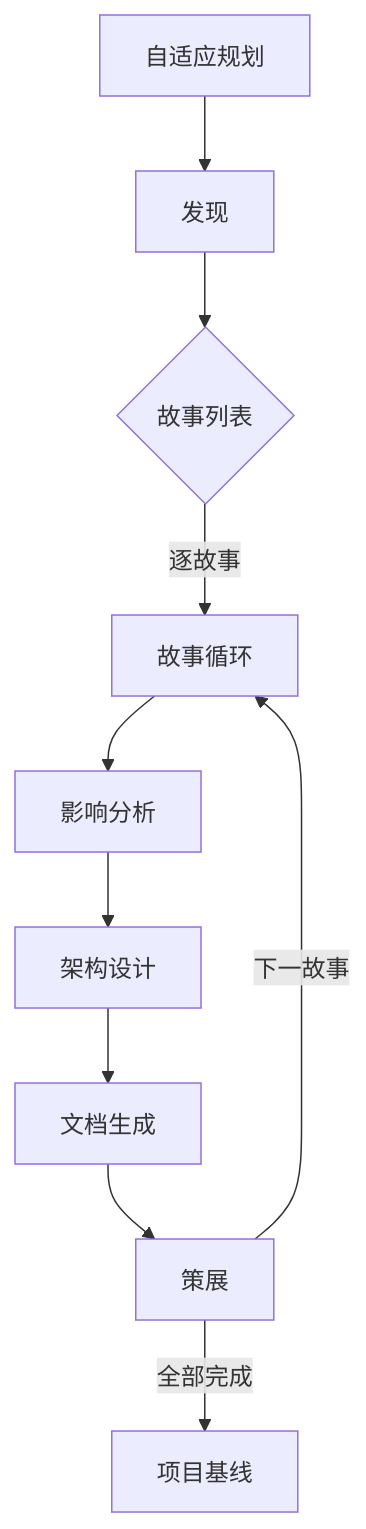
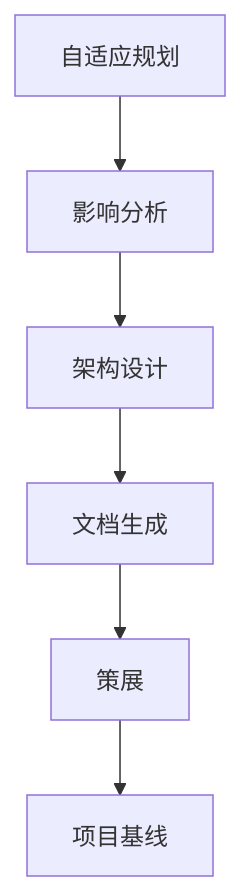
One commit to effiy/YrY changed the third of 4 diagrams in skills/rui/SKILL.md. Above: the diagram before and after it, drawn with Mermaid. The commit also changed other lines of this file, not shown here.

````diff
--- a/skills/rui/SKILL.md
+++ b/skills/rui/SKILL.md
@@ -118,12 +111,8 @@
 ```mermaid
 flowchart TD
-    PLAN[自适应规划] --> DISCOVER[发现]
-    DISCOVER --> STORIES{故事列表}
-    STORIES -->|逐故事| LOOP["故事循环"]
-    LOOP --> IMPACT[影响分析]
+    PLAN[自适应规划] --> IMPACT[影响分析]
     IMPACT --> ARCH[架构设计]
     ARCH --> DOCGEN[文档生成]
     DOCGEN --> CURATE[策展]
-    CURATE -->|下一故事| LOOP
-    CURATE -->|全部完成| BASELINE[项目基线]
+    CURATE --> BASELINE[项目基线]
 ```
````
